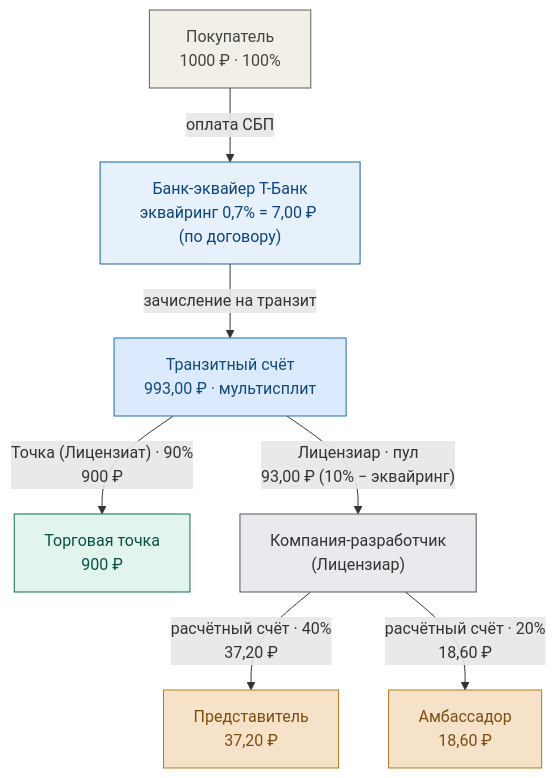
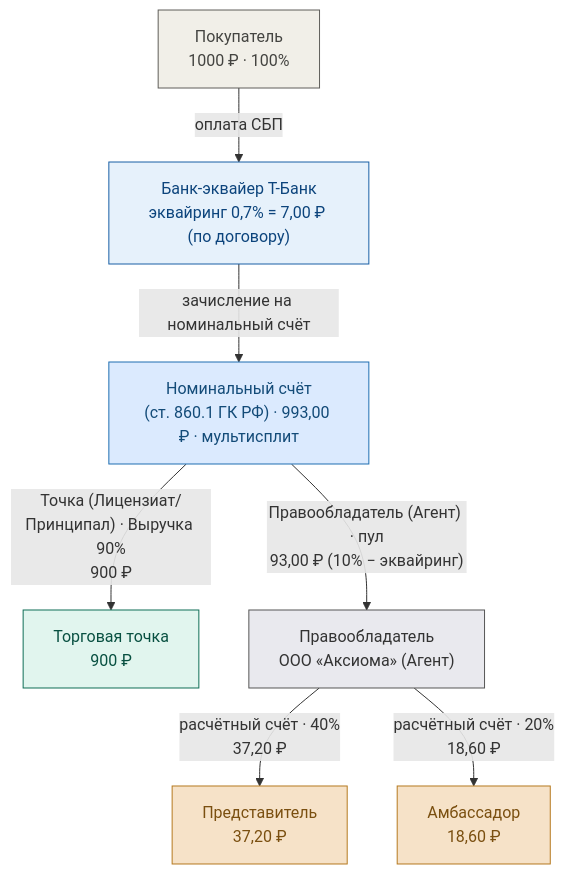
The second of 3 diagrams in docs/money_flow_public.md (axiiom-ru/lovii), drawn with Mermaid before and after one commit. The commit also changed other lines of this file, not shown here.

````diff
--- a/docs/money_flow_public.md
+++ b/docs/money_flow_public.md
@@ -58,17 +71,17 @@
 ```mermaid
 flowchart TD
     P["Покупатель<br/>1000 ₽ · 100%"] -->|"оплата СБП"| B["Банк-эквайер Т-Банк<br/>эквайринг 0,7% = 7,00 ₽ (по договору)"]
-    B -->|"зачисление на транзит"| T["Транзитный счёт<br/>993,00 ₽ · мультисплит"]
-    T -->|"Точка (Лицензиат) · 90%<br/>900 ₽"| S["Торговая точка<br/>900 ₽"]
-    T -->|"Лицензиар · пул<br/>93,00 ₽ (10% − эквайринг)"| C["Компания-разработчик<br/>(Лицензиар)"]
+    B -->|"зачисление на номинальный счёт"| T["Номинальный счёт<br/>(ст. 860.1 ГК РФ) · 993,00 ₽ · мультисплит"]
+    T -->|"Точка (Лицензиат/Принципал) · Выручка 90%<br/>900 ₽"| S["Торговая точка<br/>900 ₽"]
+    T -->|"Правообладатель (Агент) · пул<br/>93,00 ₽ (10% − эквайринг)"| C["Правообладатель<br/>ООО «Аксиома» (Агент)"]
     C -->|"расчётный счёт · 40%<br/>37,20 ₽"| R["Представитель<br/>37,20 ₽"]
     C -->|"расчётный счёт · 20%<br/>18,60 ₽"| A["Амбассадор<br/>18,60 ₽"]
 
     classDef buyer fill:#f1efe8,stroke:#5f5e5a,color:#444441;
     classDef bank fill:#e6f1fb,stroke:#185fa5,color:#0c447c;
     classDef transit fill:#dbeafe,stroke:#1f6fb2,color:#134b78;
     classDef shop fill:#e1f5ee,stroke:#0f6e56,color:#085041;
     classDef dev fill:#e9e9ee,stroke:#555,color:#333;
     classDef rep fill:#f6e2c8,stroke:#b5791f,color:#7a4f10;
     class P buyer; class B bank; class T transit; class S shop; class C dev; class R rep; class A rep;
 ```
````
